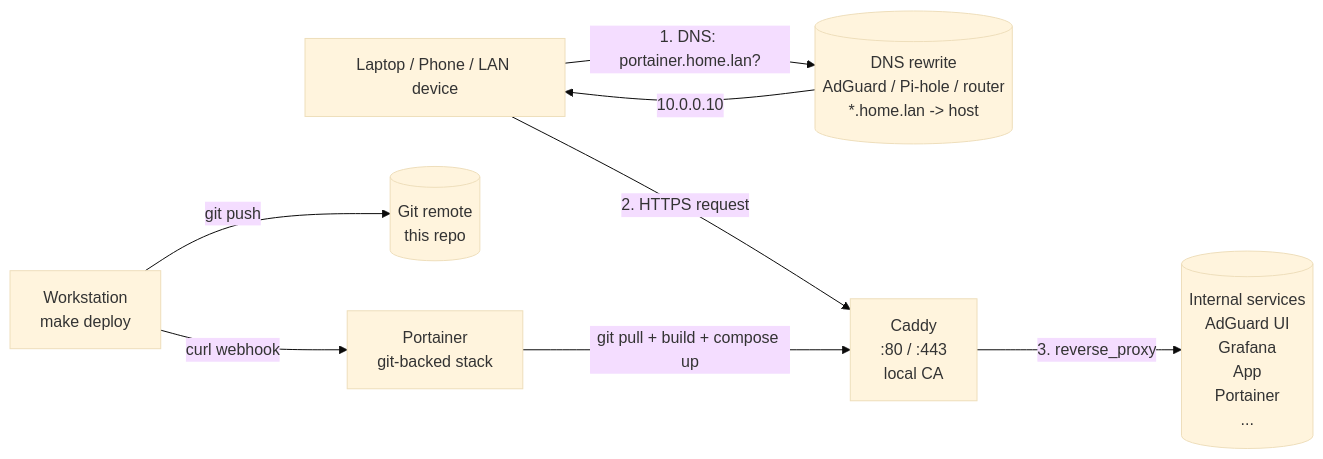
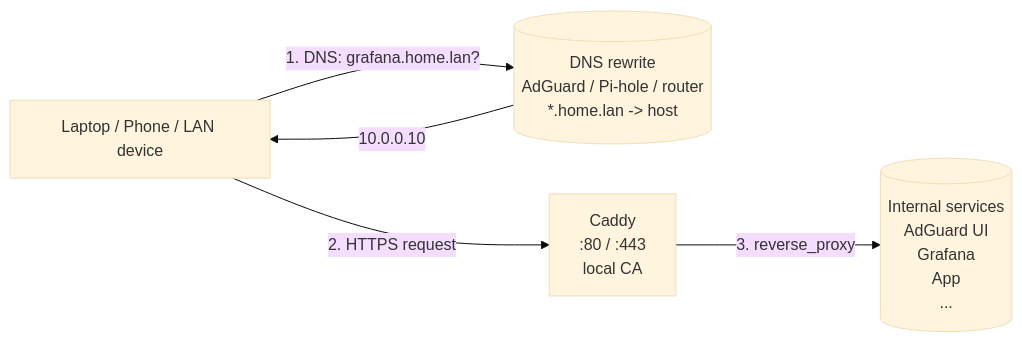
Before and after one commit to effecet/caddy-stack: the diagram in README.md, drawn with Mermaid (base theme). The commit also changed other lines of this file and 3 other files, not shown here.

First line of the commit message:
[docs] refactor: make docker compose the default deploy, demote Portainer to optional

````diff
--- a/README.md
+++ b/README.md
@@ -22,20 +21,12 @@
 ```mermaid
 flowchart LR
     Client[Laptop / Phone / LAN device]
     DNS[(DNS rewrite<br/>AdGuard / Pi-hole / router<br/>*.home.lan -> host)]
     Caddy[Caddy<br/>:80 / :443<br/>local CA]
-    Services[(Internal services<br/>AdGuard UI<br/>Grafana<br/>App<br/>Portainer<br/>...)]
+    Services[(Internal services<br/>AdGuard UI<br/>Grafana<br/>App<br/>...)]
 
-    Client -- "1. DNS: portainer.home.lan?" --> DNS
+    Client -- "1. DNS: grafana.home.lan?" --> DNS
     DNS -- "10.0.0.10" --> Client
     Client -- "2. HTTPS request" --> Caddy
     Caddy -- "3. reverse_proxy" --> Services
-
-    Git[(Git remote<br/>this repo)]
-    Dev[Workstation<br/>make deploy]
-    Portainer[Portainer<br/>git-backed stack]
-
-    Dev -- "git push" --> Git
-    Dev -- "curl webhook" --> Portainer
-    Portainer -- "git pull + build + compose up" --> Caddy
 ```
````
